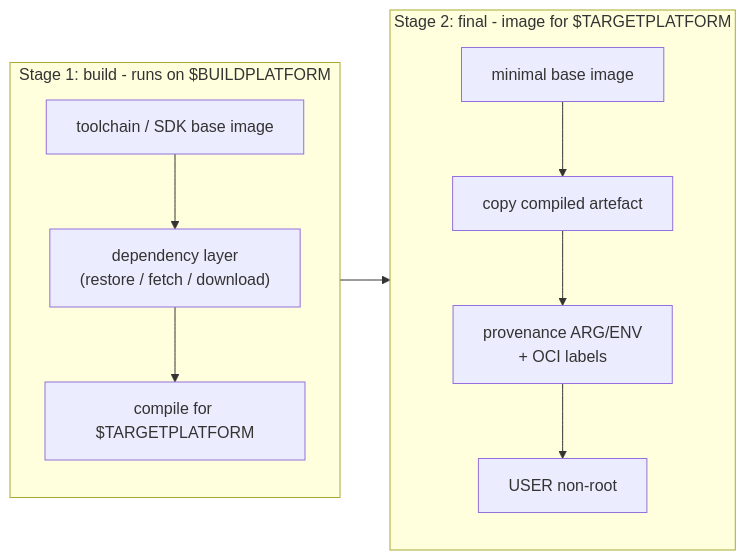
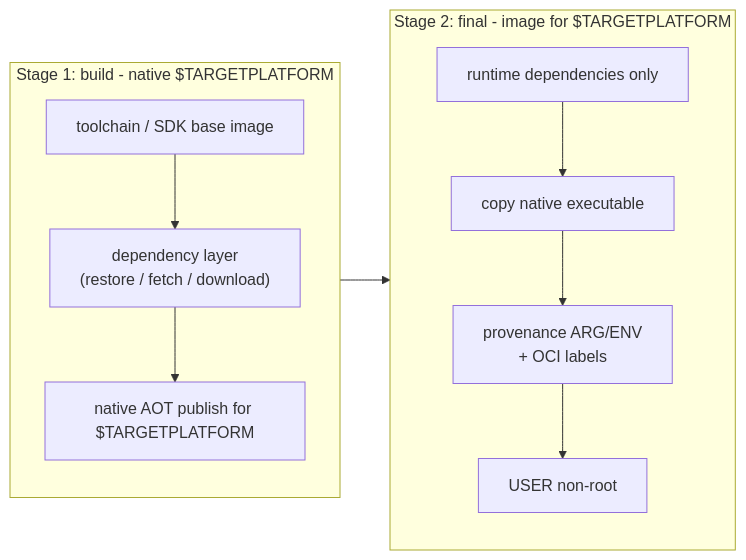
Before and after one commit to f2calv/multi-arch-container-dotnet: the first of 2 diagrams in README.md, drawn with Mermaid. The commit also changed other lines of this file and 10 other files, not shown here.

First line of the commit message:
feat(build): validate native AOT worker on split runners

````diff
--- a/README.md
+++ b/README.md
@@ -78,15 +89,15 @@
 ```mermaid
 flowchart LR
-    subgraph build["Stage 1: build - runs on $BUILDPLATFORM"]
+    subgraph build["Stage 1: build - native $TARGETPLATFORM"]
         direction TB
         A["toolchain / SDK base image"] --> B["dependency layer<br/>(restore / fetch / download)"]
-        B --> C["compile for $TARGETPLATFORM"]
+        B --> C["native AOT publish for $TARGETPLATFORM"]
     end
     subgraph final["Stage 2: final - image for $TARGETPLATFORM"]
         direction TB
-        D["minimal base image"] --> E["copy compiled artefact"]
+        D["runtime dependencies only"] --> E["copy native executable"]
         E --> F["provenance ARG/ENV<br/>+ OCI labels"]
         F --> G["USER non-root"]
     end
     C --> E
 ```
````
